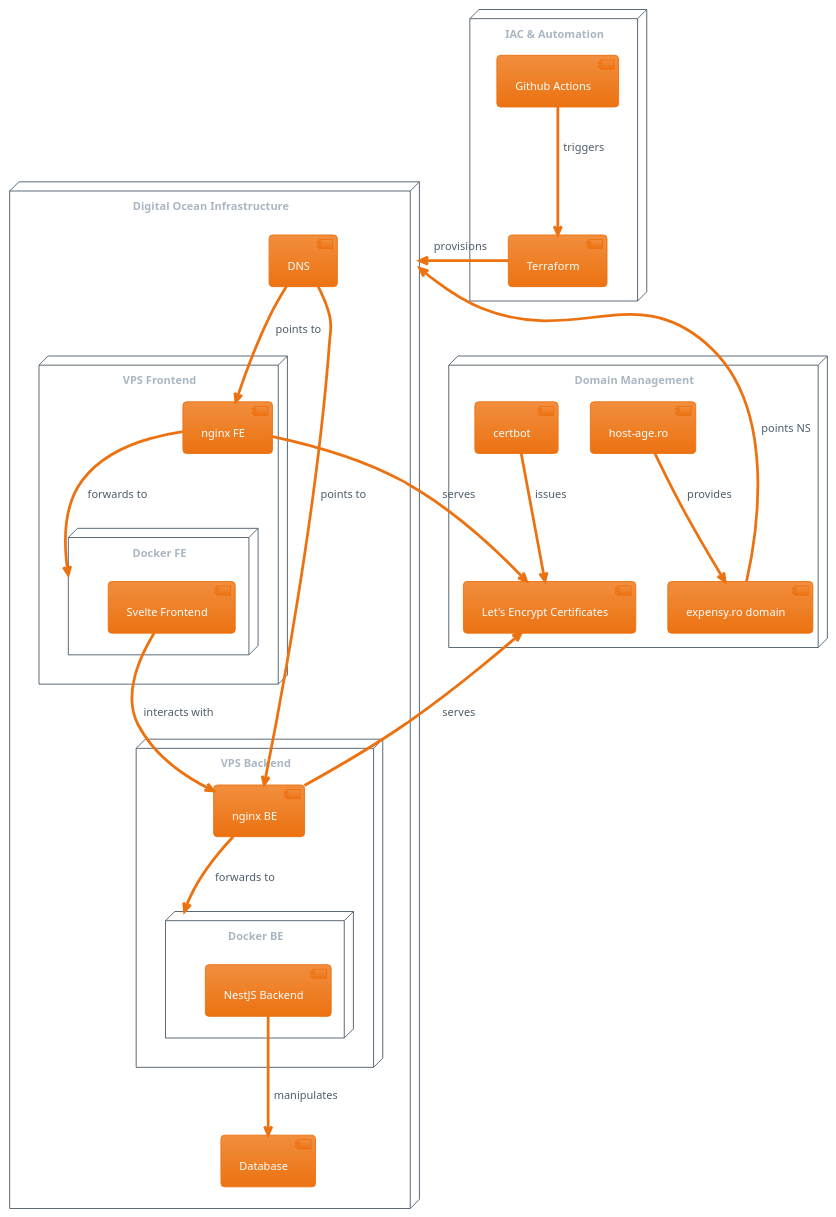
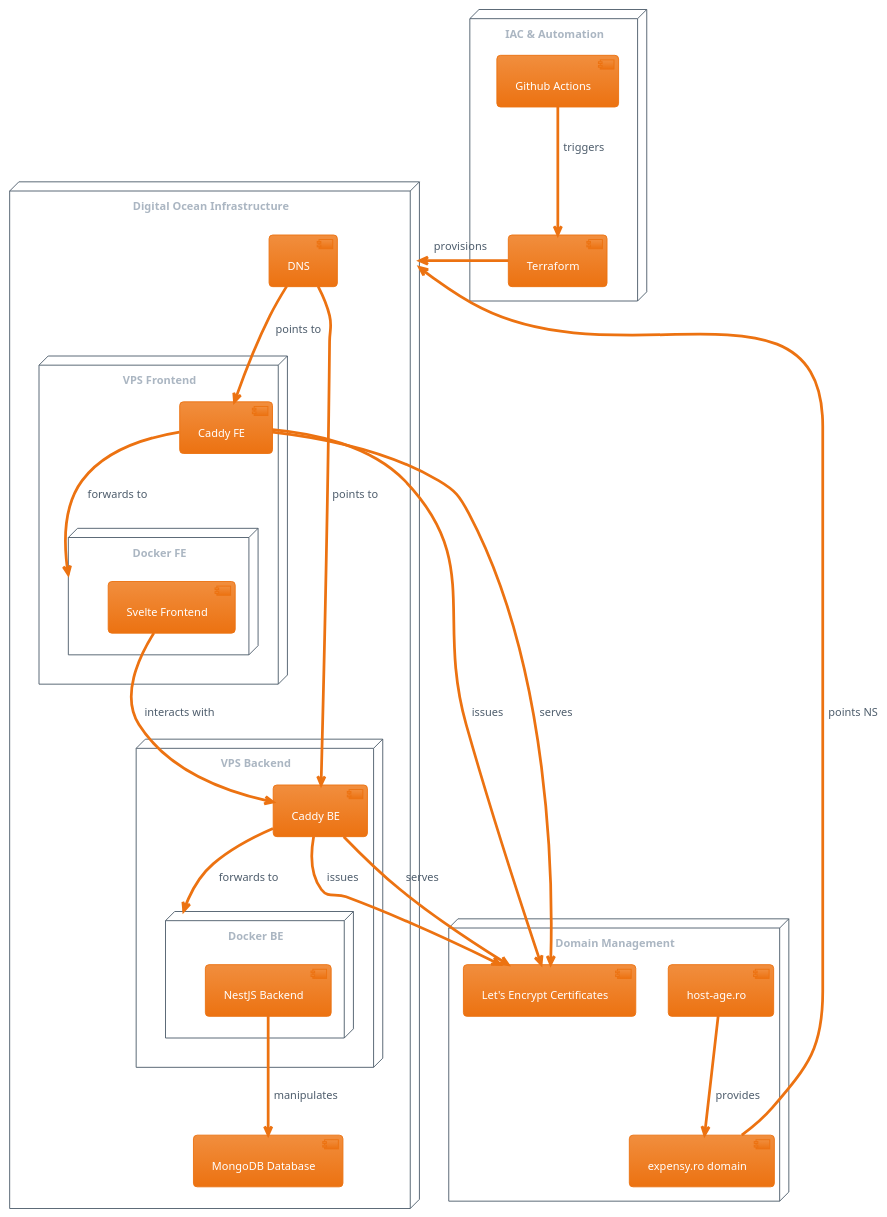
One commit to vlsts/expensy changed the diagram in infrastructure.puml. Above: the diagram before and after it, drawn with PlantUML.

Commit message:
Modified Diagram.

```diff
--- a/infrastructure.puml
+++ b/infrastructure.puml
@@ -1,47 +1,47 @@
 @startuml ApplicationInfrastructure
 !theme aws-orange
 
 node "Digital Ocean Infrastructure" {
     node "VPS Frontend" {
-        [nginx FE]
+        [Caddy FE]
         node "Docker FE" {
             [Svelte Frontend]
         }
     }
     node "VPS Backend" {
-        [nginx BE]
+        [Caddy BE]
         node "Docker BE" {
             [NestJS Backend]
         }
     }
-    [Database]
+    [MongoDB Database]
     [DNS]
 }
 
 node "IAC & Automation" {
     [Terraform]
     [Github Actions]
 }
 
 node "Domain Management" {
     [host-age.ro]
     [expensy.ro domain]
     [Let's Encrypt Certificates]
-    [certbot]
 }
 
-[DNS] --> [nginx FE] : points to
-[DNS] --> [nginx BE] : points to
-[nginx BE] --> [Docker BE] : forwards to
-[NestJS Backend] --> [Database] : manipulates
-[nginx FE] --> [Docker FE] : forwards to
-[Svelte Frontend] --> [nginx BE] : interacts with
+[DNS] --> [Caddy FE] : points to
+[DNS] --> [Caddy BE] : points to
+[Caddy BE] --> [Docker BE] : forwards to
+[NestJS Backend] --> [MongoDB Database] : manipulates
+[Caddy FE] --> [Docker FE] : forwards to
+[Svelte Frontend] --> [Caddy BE] : interacts with
 [Terraform] -left-> [Digital Ocean Infrastructure] : provisions
 [Github Actions] --> [Terraform] : triggers
 [host-age.ro] --> [expensy.ro domain] : provides
 [expensy.ro domain] --> [Digital Ocean Infrastructure] : points NS
-[certbot] --> [Let's Encrypt Certificates] : issues
-[nginx FE] --> [Let's Encrypt Certificates] : serves
-[nginx BE] --> [Let's Encrypt Certificates] : serves
+[Caddy FE] --> [Let's Encrypt Certificates] : issues
+[Caddy BE] --> [Let's Encrypt Certificates] : issues
+[Caddy FE] --> [Let's Encrypt Certificates] : serves
+[Caddy BE] --> [Let's Encrypt Certificates] : serves
 
 @enduml
```
